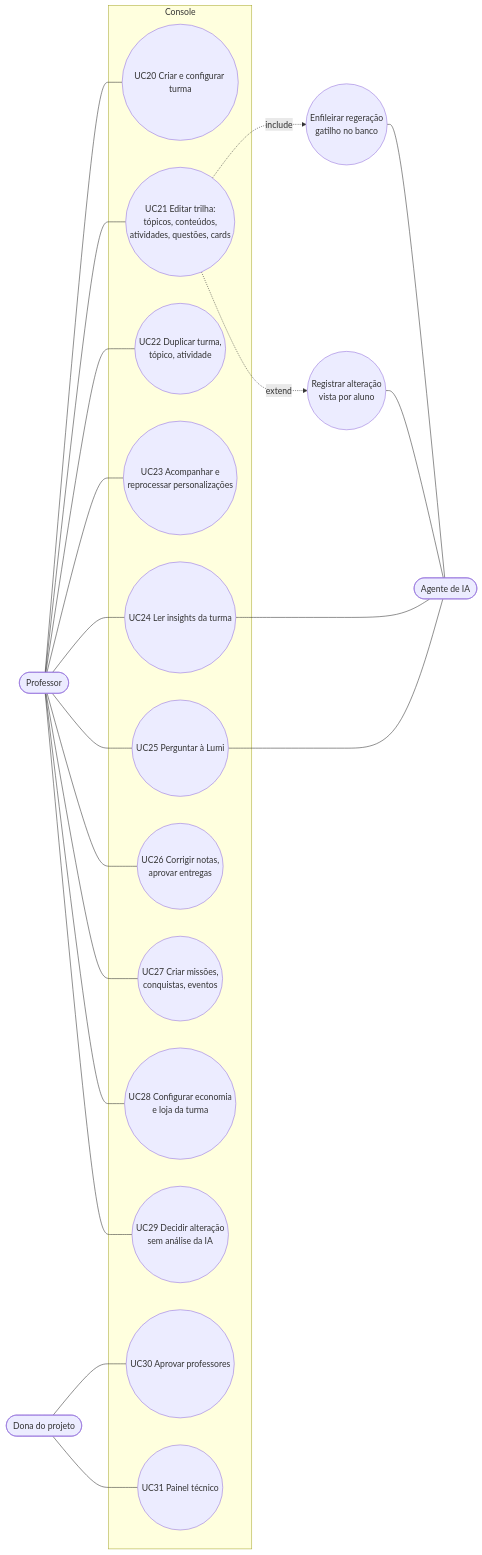
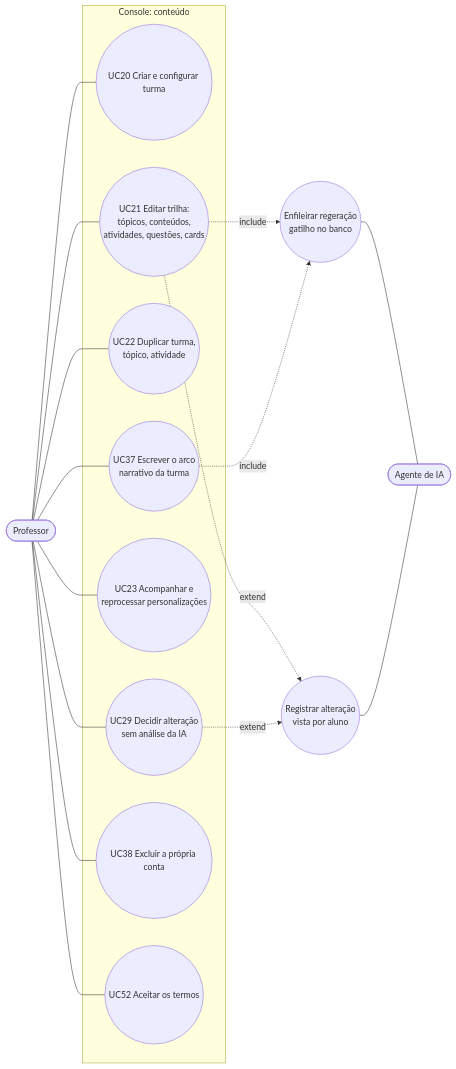
One commit to Geisbelly/TrailUp changed the fourth of 8 diagrams in docs/tcc/modelagem/02-casos-de-uso.md. Above: the diagram before and after it, drawn with Mermaid. The commit also changed other lines of this file and 69 other files, not shown here.

````diff
--- a/docs/tcc/modelagem/02-casos-de-uso.md
+++ b/docs/tcc/modelagem/02-casos-de-uso.md
@@ -54,28 +102,24 @@
 ```mermaid
 flowchart LR
   P([Professor])
-  D([Dona do projeto])
-  subgraph Console
+  subgraph Console: conteúdo
     UC20((UC20 Criar e configurar turma))
     UC21((UC21 Editar trilha:<br/>tópicos, conteúdos,<br/>atividades, questões, cards))
     UC22((UC22 Duplicar turma,<br/>tópico, atividade))
+    UC37((UC37 Escrever o arco<br/>narrativo da turma))
     UC23((UC23 Acompanhar e<br/>reprocessar personalizações))
-    UC24((UC24 Ler insights da turma))
-    UC25((UC25 Perguntar à Lumi))
-    UC26((UC26 Corrigir notas,<br/>aprovar entregas))
-    UC27((UC27 Criar missões,<br/>conquistas, eventos))
-    UC28((UC28 Configurar economia<br/>e loja da turma))
     UC29((UC29 Decidir alteração<br/>sem análise da IA))
-    UC30((UC30 Aprovar professores))
-    UC31((UC31 Painel técnico))
+    UC38((UC38 Excluir a própria conta))
+    UC52((UC52 Aceitar os termos))
   end
   IA([Agente de IA])
-  P --- UC20 & UC21 & UC22 & UC23 & UC24 & UC25 & UC26 & UC27 & UC28 & UC29
-  D --- UC30 & UC31
-  UC21 -. include .-> E((Enfileirar regeração<br/>gatilho no banco))
-  UC21 -. extend .-> ALT((Registrar alteração<br/>vista por aluno))
+  E((Enfileirar regeração<br/>gatilho no banco))
+  ALT((Registrar alteração<br/>vista por aluno))
+  P --- UC20 & UC21 & UC22 & UC37 & UC23 & UC29 & UC38 & UC52
+  UC21 -. include .-> E
+  UC37 -. include .-> E
+  UC21 -. extend .-> ALT
+  UC29 -. extend .-> ALT
   E --- IA
   ALT --- IA
-  UC24 --- IA
-  UC25 --- IA
 ```
````
